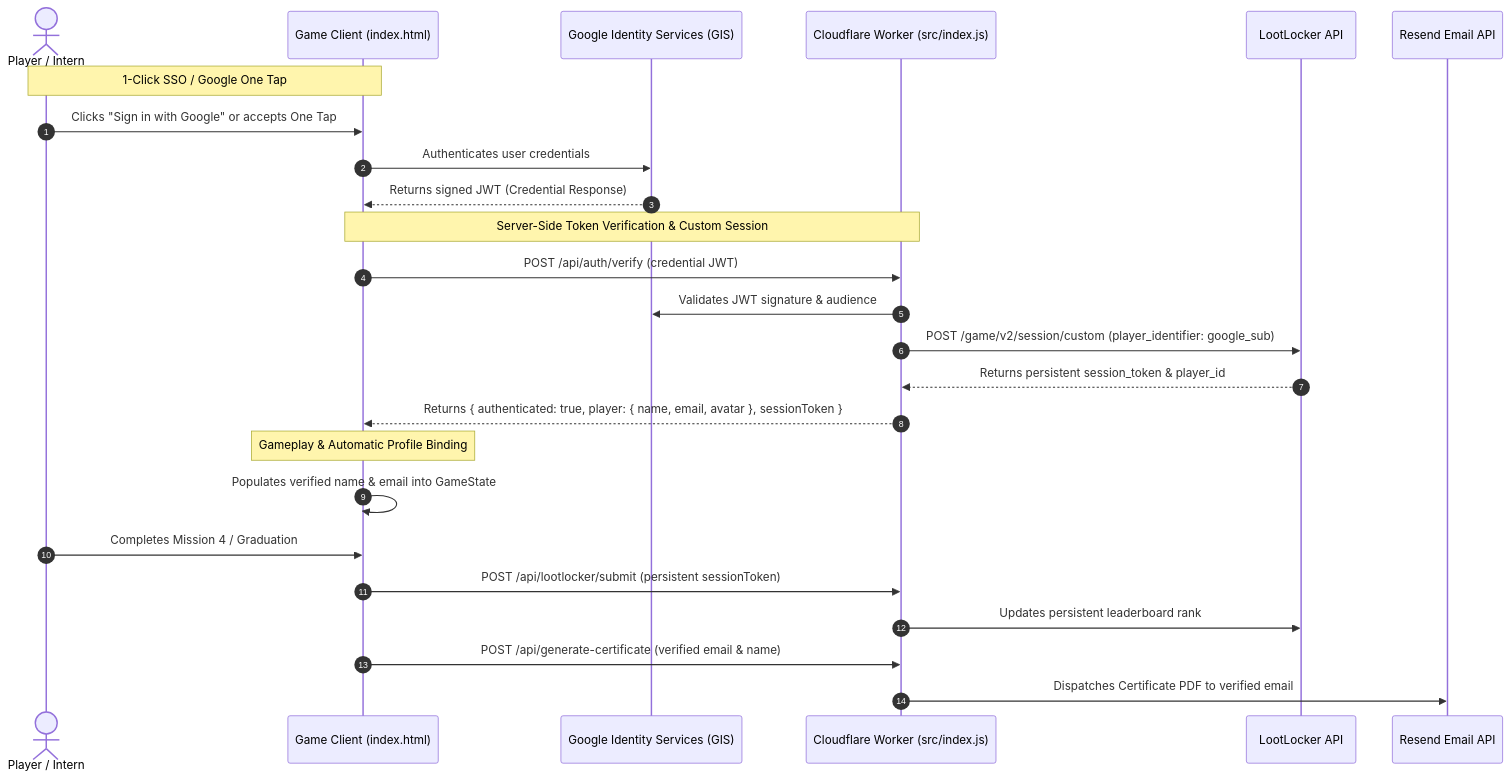
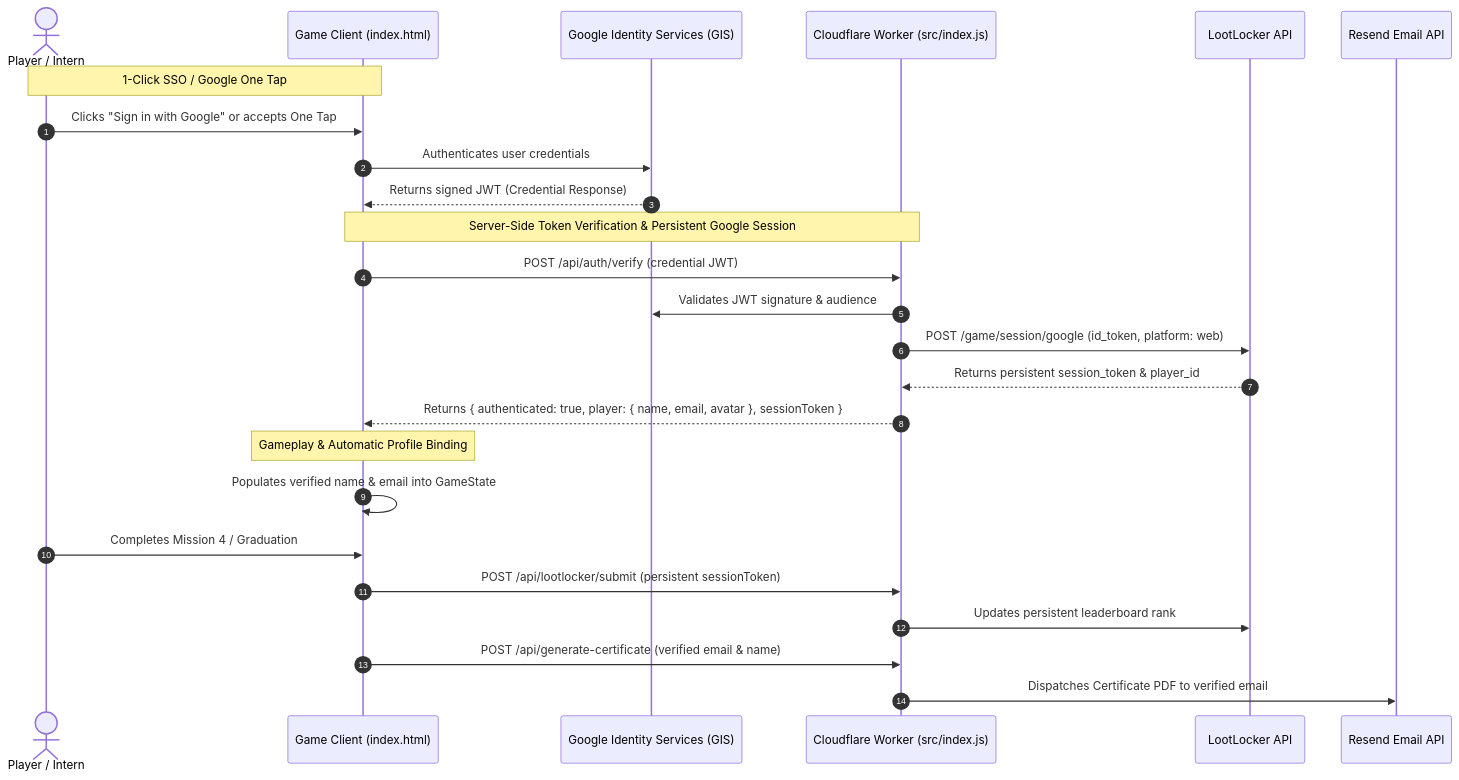
The diagram in oauth_sso_authentication_plan.md (iramirez016/shadow-agent-protocol), drawn with Mermaid before and after one commit. The commit also changed other lines of this file and 5 other files, not shown here.

Commit message:
fix(auth): use LootLocker Google sessions and protect API keys

````diff
--- a/oauth_sso_authentication_plan.md
+++ b/oauth_sso_authentication_plan.md
@@ -29,30 +29,30 @@
 ```mermaid
 sequenceDiagram
     autonumber
     actor Player as Player / Intern
     participant Client as Game Client (index.html)
     participant Google as Google Identity Services (GIS)
     participant Worker as Cloudflare Worker (src/index.js)
     participant LootLocker as LootLocker API
     participant Resend as Resend Email API
 
     Note over Player, Client: 1-Click SSO / Google One Tap
     Player->>Client: Clicks "Sign in with Google" or accepts One Tap
     Client->>Google: Authenticates user credentials
     Google-->>Client: Returns signed JWT (Credential Response)
     
-    Note over Client, Worker: Server-Side Token Verification & Custom Session
+    Note over Client, Worker: Server-Side Token Verification & Persistent Google Session
     Client->>Worker: POST /api/auth/verify (credential JWT)
     Worker->>Google: Validates JWT signature & audience
-    Worker->>LootLocker: POST /game/v2/session/custom (player_identifier: google_sub)
+    Worker->>LootLocker: POST /game/session/google (id_token, platform: web)
     LootLocker-->>Worker: Returns persistent session_token & player_id
     Worker-->>Client: Returns { authenticated: true, player: { name, email, avatar }, sessionToken }
     
     Note over Client: Gameplay & Automatic Profile Binding
     Client->>Client: Populates verified name & email into GameState
     Player->>Client: Completes Mission 4 / Graduation
     Client->>Worker: POST /api/lootlocker/submit (persistent sessionToken)
     Worker->>LootLocker: Updates persistent leaderboard rank
     Client->>Worker: POST /api/generate-certificate (verified email & name)
     Worker->>Resend: Dispatches Certificate PDF to verified email
 ```
````
